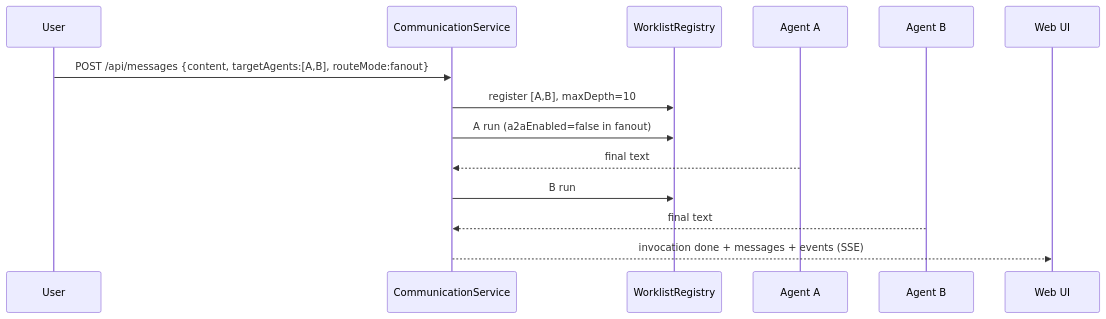
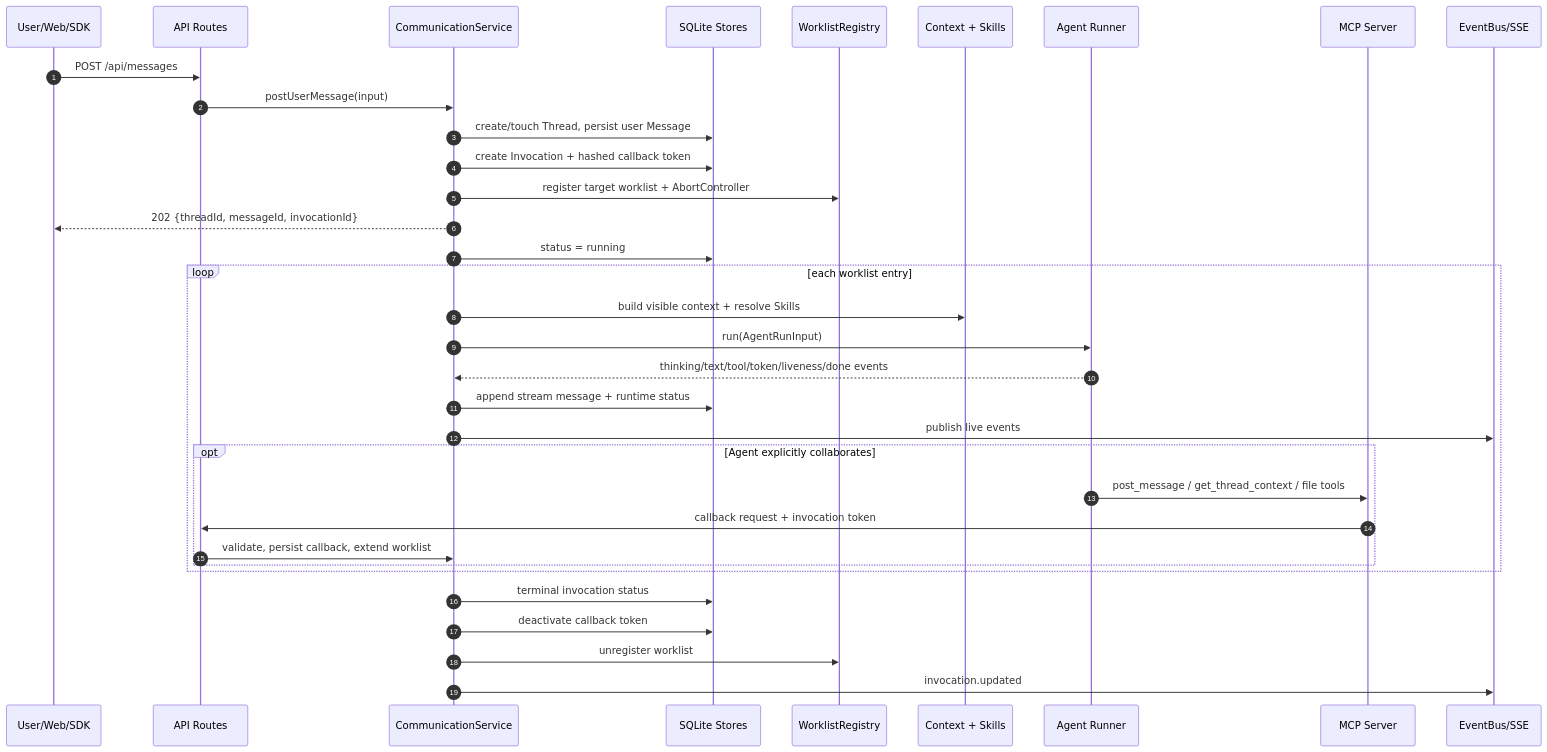
The fifth of 5 diagrams in docs/architecture/current-project-architecture.md (tianchangNorth/TheTower), drawn with Mermaid before and after one commit. The commit also changed other lines of this file and 3 other files, not shown here.

First line of the commit message:
feat: add architecture reliability and remediation plan for TheTower

````diff
--- a/docs/architecture/current-project-architecture.md
+++ b/docs/architecture/current-project-architecture.md
@@ -340,16 +169,39 @@
 ```mermaid
 sequenceDiagram
-  participant U as User
-  participant API as CommunicationService
+  autonumber
+  participant U as User/Web/SDK
+  participant R as API Routes
+  participant C as CommunicationService
+  participant D as SQLite Stores
   participant W as WorklistRegistry
-  participant A as Agent A
-  participant B as Agent B
-  participant UI as Web UI
-  U->>API: POST /api/messages {content, targetAgents:[A,B], routeMode:fanout}
-  API->>W: register [A,B], maxDepth=10
-  API->>W: A run (a2aEnabled=false in fanout)
-  A-->>API: final text
-  API->>W: B run
-  B-->>API: final text
-  API-->>UI: invocation done + messages + events (SSE)
+  participant X as Context + Skills
+  participant A as Agent Runner
+  participant M as MCP Server
+  participant E as EventBus/SSE
+
+  U->>R: POST /api/messages
+  R->>C: postUserMessage(input)
+  C->>D: create/touch Thread, persist user Message
+  C->>D: create Invocation + hashed callback token
+  C->>W: register target worklist + AbortController
+  C-->>U: 202 {threadId, messageId, invocationId}
+  C->>D: status = running
+
+  loop each worklist entry
+    C->>X: build visible context + resolve Skills
+    C->>A: run(AgentRunInput)
+    A-->>C: thinking/text/tool/token/liveness/done events
+    C->>D: append stream message + runtime status
+    C->>E: publish live events
+    opt Agent explicitly collaborates
+      A->>M: post_message / get_thread_context / file tools
+      M->>R: callback request + invocation token
+      R->>C: validate, persist callback, extend worklist
+    end
+  end
+
+  C->>D: terminal invocation status
+  C->>D: deactivate callback token
+  C->>W: unregister worklist
+  C->>E: invocation.updated
 ```
````
